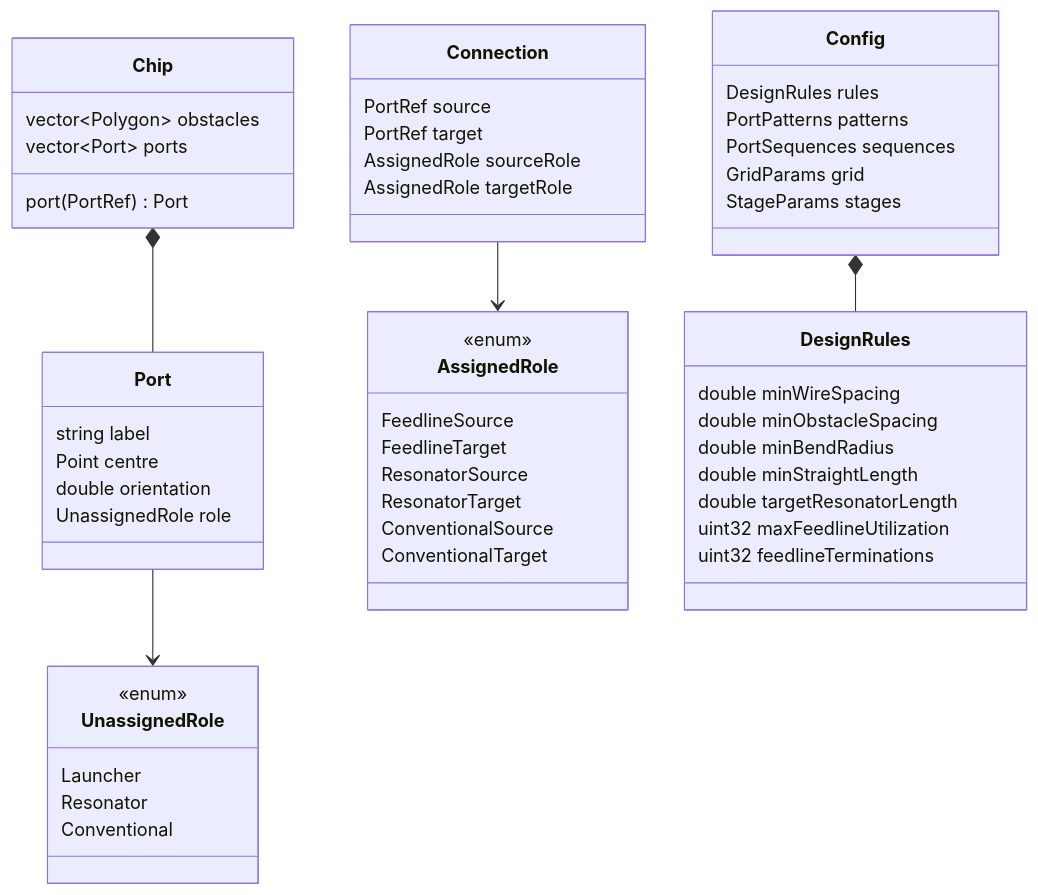
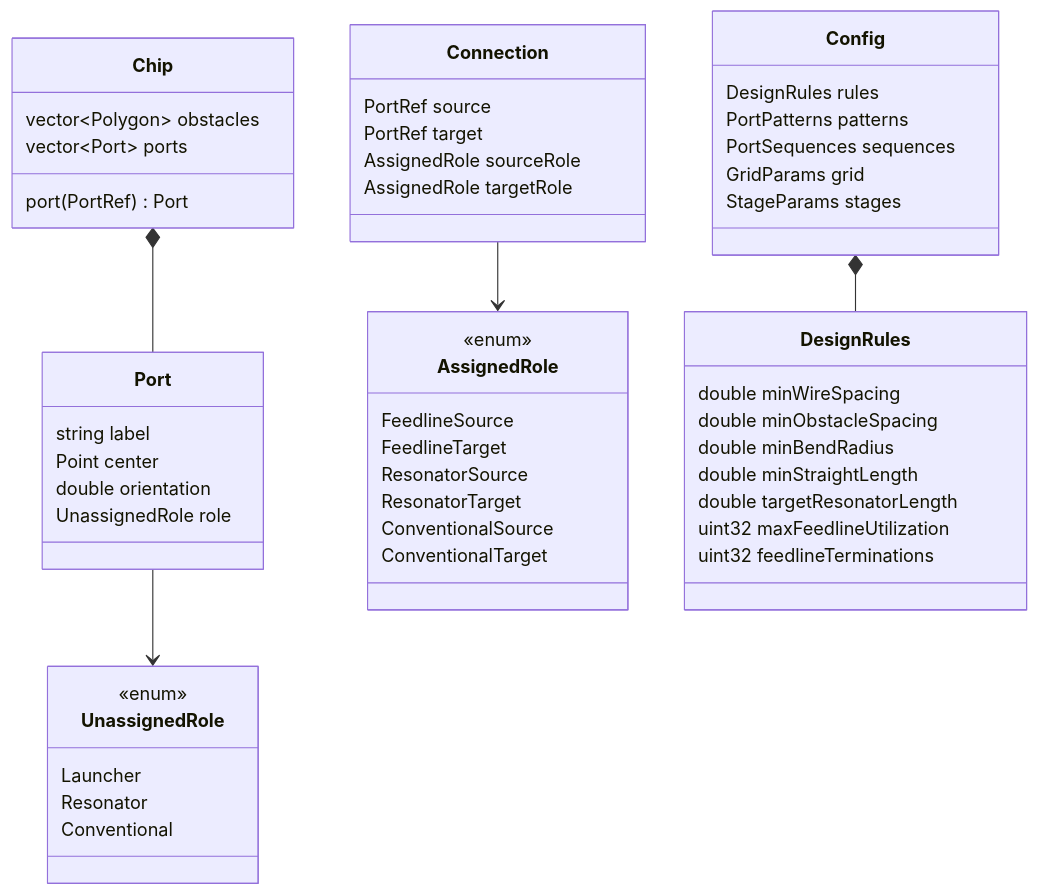
One commit to munich-quantum-toolkit/scpd changed the diagram in docs/design/data-model.md. Above: the diagram before and after it, drawn with Mermaid. The commit also changed other lines of this file and 18 other files, not shown here.

````diff
--- a/docs/design/data-model.md
+++ b/docs/design/data-model.md
@@ -37,56 +37,56 @@
 ```mermaid
 classDiagram
   class Chip {
     vector~Polygon~ obstacles
     vector~Port~ ports
     port(PortRef) Port
   }
   class Port {
     string label
-    Point centre
+    Point center
     double orientation
     UnassignedRole role
   }
   class UnassignedRole {
     <<enum>>
     Launcher
     Resonator
     Conventional
   }
   class AssignedRole {
     <<enum>>
     FeedlineSource
     FeedlineTarget
     ResonatorSource
     ResonatorTarget
     ConventionalSource
     ConventionalTarget
   }
   class Connection {
     PortRef source
     PortRef target
     AssignedRole sourceRole
     AssignedRole targetRole
   }
   class DesignRules {
     double minWireSpacing
     double minObstacleSpacing
     double minBendRadius
     double minStraightLength
     double targetResonatorLength
     uint32 maxFeedlineUtilization
     uint32 feedlineTerminations
   }
   class Config {
     DesignRules rules
     PortPatterns patterns
     PortSequences sequences
     GridParams grid
     StageParams stages
   }
 
   Chip *-- Port
   Port --> UnassignedRole
   Connection --> AssignedRole
   Config *-- DesignRules
 ```
````
